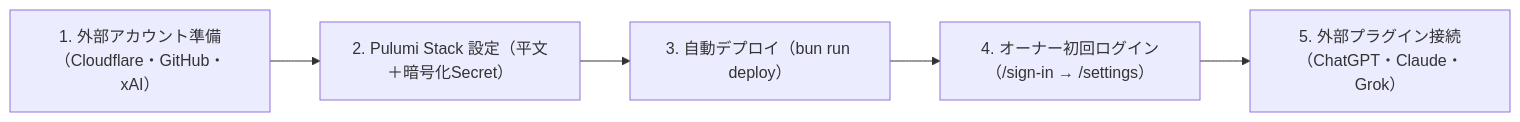
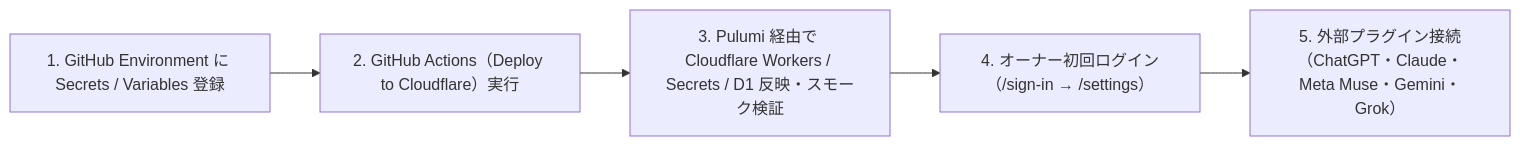
The diagram in docs/deploy-and-plugins.md (kkyosuke/bot-board), drawn with Mermaid before and after one commit. The commit also changed other lines of this file and 28 other files, not shown here.

````diff
--- a/docs/deploy-and-plugins.md
+++ b/docs/deploy-and-plugins.md
@@ -7,7 +7,7 @@
 ```mermaid
 flowchart LR
-  S1["1. 外部アカウント準備（Cloudflare・GitHub・xAI）"] --> S2["2. Pulumi Stack 設定（平文＋暗号化Secret）"]
-  S2 --> S3["3. 自動デプロイ（bun run deploy）"]
+  S1["1. GitHub Environment に Secrets / Variables 登録"] --> S2["2. GitHub Actions（Deploy to Cloudflare）実行"]
+  S2 --> S3["3. Pulumi 経由で Cloudflare Workers / Secrets / D1 反映・スモーク検証"]
   S3 --> S4["4. オーナー初回ログイン（/sign-in → /settings）"]
-  S4 --> S5["5. 外部プラグイン接続（ChatGPT・Claude・Grok）"]
+  S4 --> S5["5. 外部プラグイン接続（ChatGPT・Claude・Meta Muse・Gemini・Grok）"]
 ```
````
